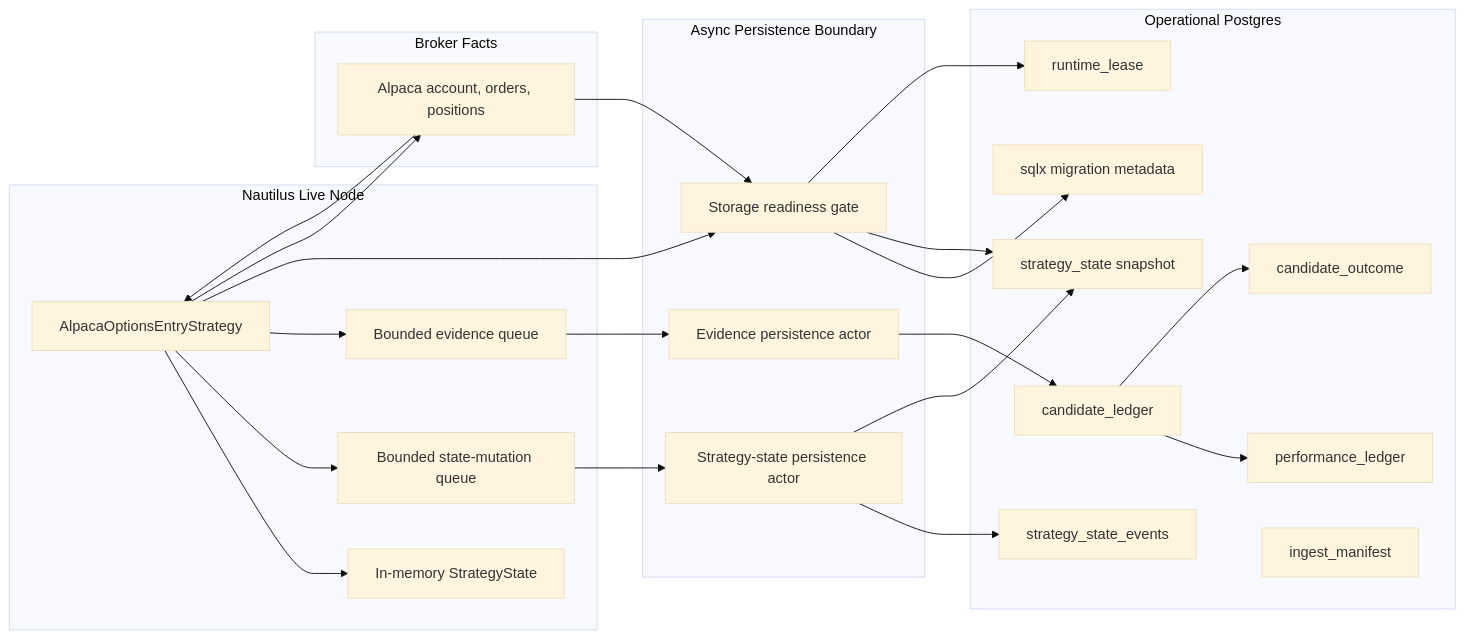
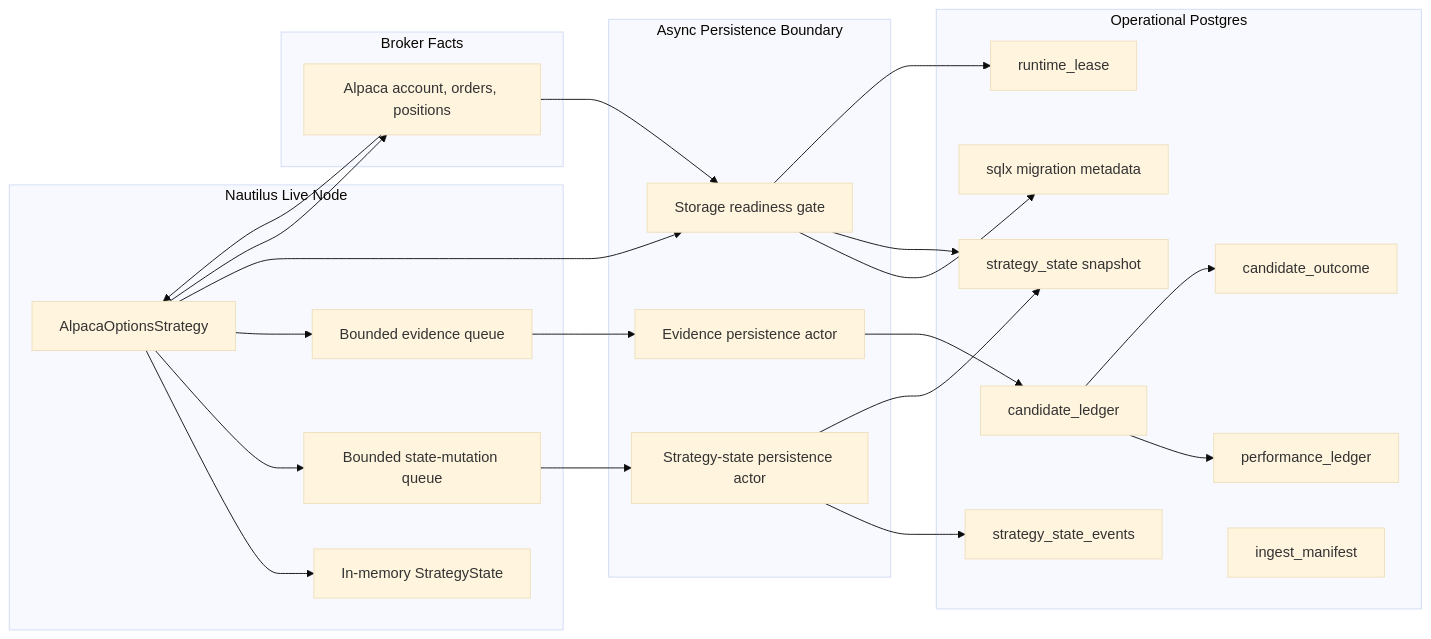
One commit to afrojuju1/nautilus_trader changed the diagram in docs/developer_guide/alpaca_operational_postgres_plan.md. Above: the diagram before and after it, drawn with Mermaid (base theme). The commit also changed 63 other files, not shown here.

Commit message:
Simplify Alpaca options runtime surface

````diff
--- a/docs/developer_guide/alpaca_operational_postgres_plan.md
+++ b/docs/developer_guide/alpaca_operational_postgres_plan.md
@@ -46,48 +46,48 @@
 ```mermaid
 flowchart LR
     subgraph Node ["Nautilus Live Node"]
-        Strategy["AlpacaOptionsEntryStrategy"]
+        Strategy["AlpacaOptionsStrategy"]
         Memory["In-memory StrategyState"]
         StateQueue["Bounded state-mutation queue"]
         EvidenceQueue["Bounded evidence queue"]
     end
 
     subgraph Sink ["Async Persistence Boundary"]
         StateSink["Strategy-state persistence actor"]
         EvidenceSink["Evidence persistence actor"]
         Readiness["Storage readiness gate"]
     end
 
     subgraph Postgres ["Operational Postgres"]
         Migrations["sqlx migration metadata"]
         Snapshot["strategy_state snapshot"]
         Events["strategy_state_events"]
         CandidateLedger["candidate_ledger"]
         Performance["performance_ledger"]
         Outcomes["candidate_outcome"]
         Manifest["ingest_manifest"]
         Lease["runtime_lease"]
     end
 
     subgraph Broker ["Broker Facts"]
         Alpaca["Alpaca account, orders, positions"]
     end
 
     Strategy --> Memory
     Strategy --> StateQueue
     Strategy --> EvidenceQueue
     StateQueue --> StateSink
     EvidenceQueue --> EvidenceSink
     StateSink --> Events
     StateSink --> Snapshot
     EvidenceSink --> CandidateLedger
     Strategy --> Readiness
     Readiness --> Migrations
     Readiness --> Snapshot
     Readiness --> Lease
     Strategy --> Alpaca
     Alpaca --> Strategy
     Alpaca --> Readiness
     CandidateLedger --> Performance
     CandidateLedger --> Outcomes
 ```
````
